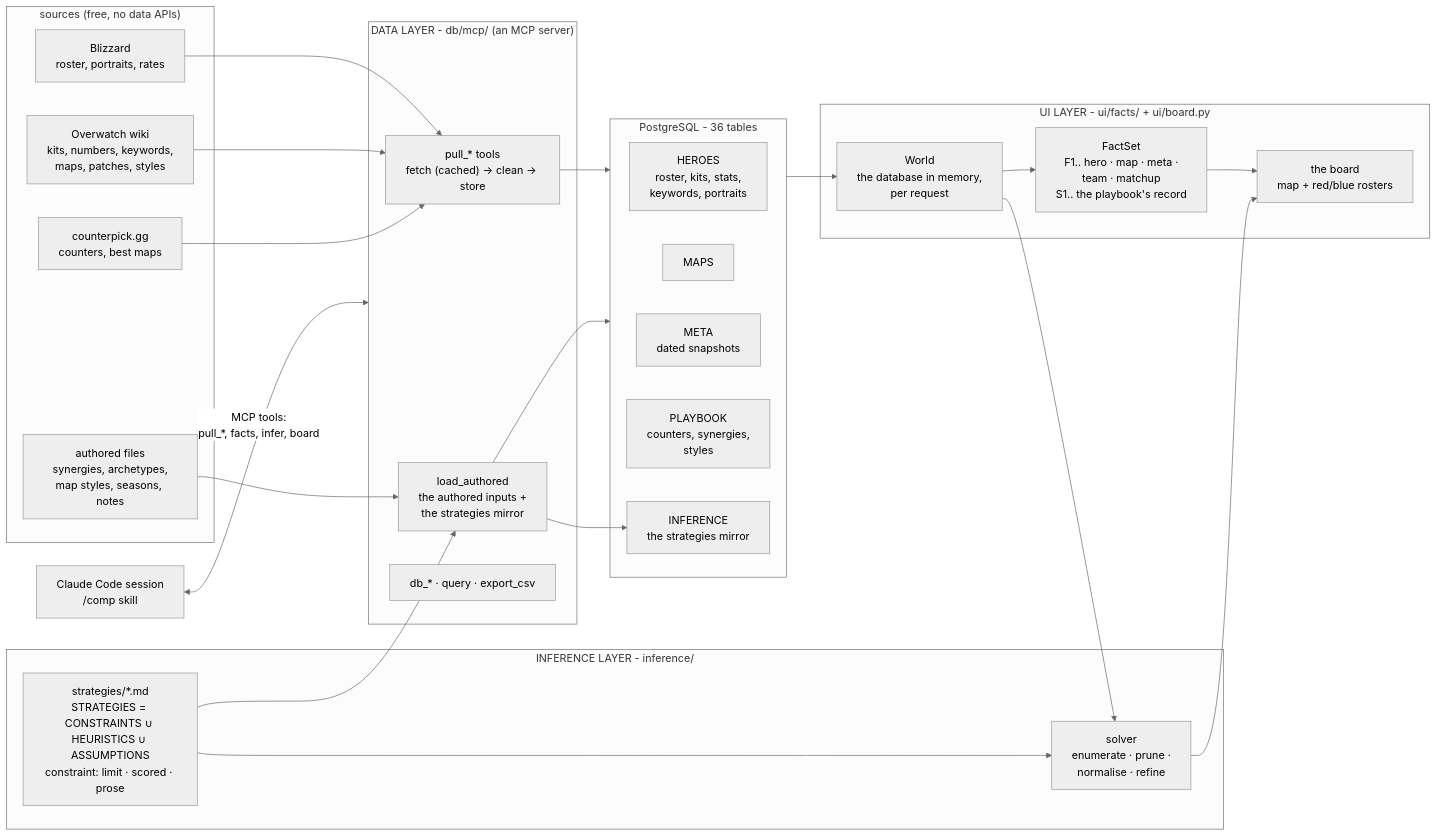
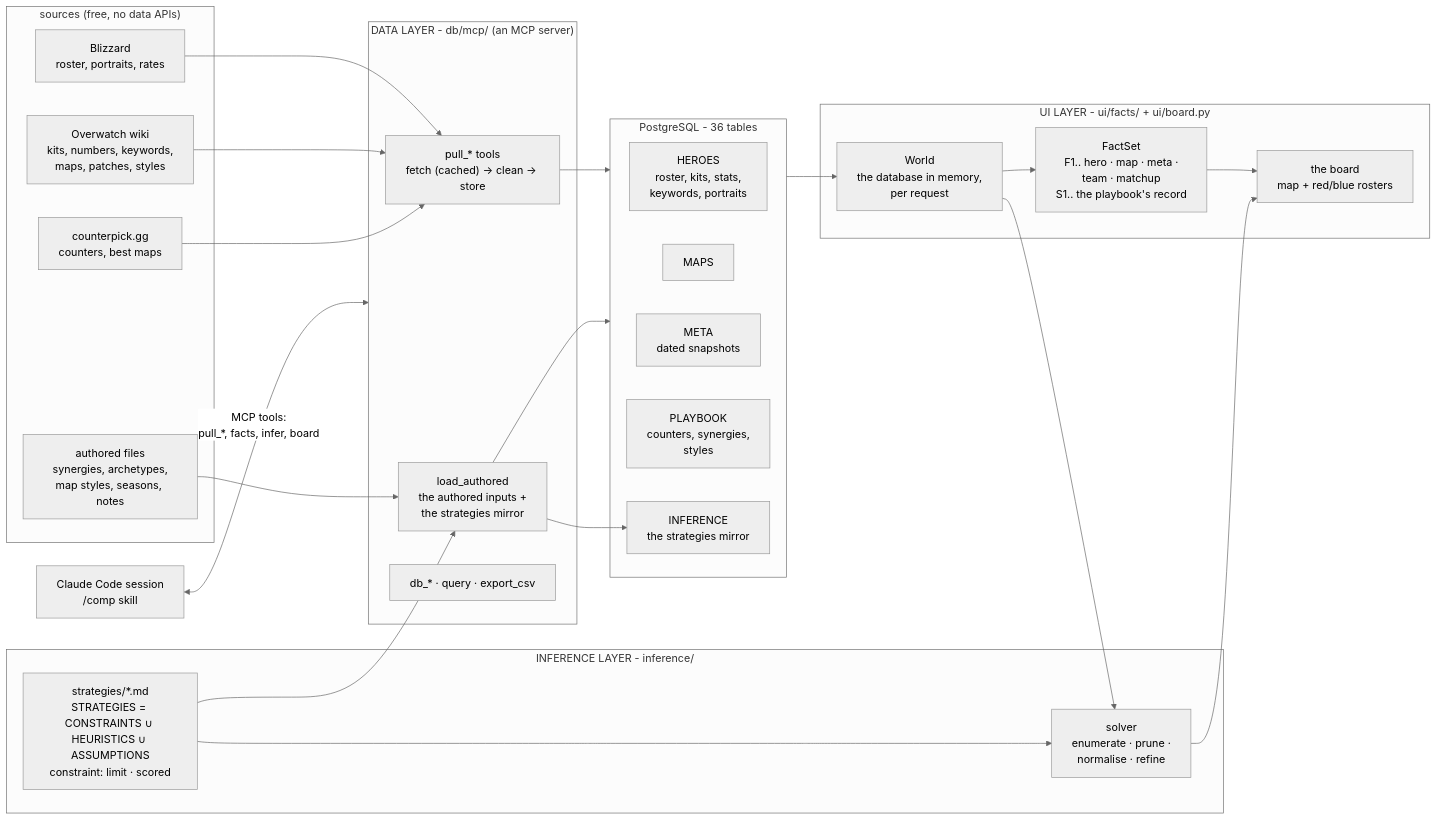
The first of 2 diagrams in docs/architecture.md (mmikol/counter-utility-matrix), drawn with Mermaid (neutral theme) before and after one commit. The commit also changed other lines of this file and 7 other files, not shown here.

````diff
--- a/docs/architecture.md
+++ b/docs/architecture.md
@@ -38,45 +38,45 @@
 ```mermaid
 flowchart LR
     subgraph SOURCES["sources (free, no data APIs)"]
         BLZ["Blizzard<br/>roster, portraits, rates"]
         WIKI["Overwatch wiki<br/>kits, numbers, keywords,<br/>maps, patches, styles"]
         CPK["counterpick.gg<br/>counters, best maps"]
         CSV["authored files<br/>synergies, archetypes,<br/>map styles, seasons, notes"]
     end
 
     subgraph DATA["DATA LAYER - db/mcp/ (an MCP server)"]
         PULL["pull_* tools<br/>fetch (cached) -> clean -> store"]
         PLAY["load_authored<br/>the authored inputs +<br/>the strategies mirror"]
         DBT["db_* · query · export_csv"]
     end
 
     subgraph PG["PostgreSQL - 36 tables"]
         HEROES["HEROES<br/>roster, kits, stats,<br/>keywords, portraits"]
         MAPS["MAPS"]
         META["META<br/>dated snapshots"]
         PLAYBOOK["PLAYBOOK<br/>counters, synergies,<br/>styles"]
         INF["INFERENCE<br/>the strategies mirror"]
     end
 
     subgraph USER["UI LAYER - ui/facts/ + ui/board.py"]
         WORLD["World<br/>the database in memory,<br/>per request"]
         FACTS["FactSet<br/>F1.. hero · map · meta ·<br/>team · matchup<br/>S1.. the playbook's record"]
         BOARD["the board<br/>map + red/blue rosters"]
     end
 
     subgraph INFER["INFERENCE LAYER - inference/"]
-        HEUR["strategies/*.md<br/>STRATEGIES = CONSTRAINTS ∪ HEURISTICS ∪ ASSUMPTIONS<br/>constraint: limit · scored · prose"]
+        HEUR["strategies/*.md<br/>STRATEGIES = CONSTRAINTS ∪ HEURISTICS ∪ ASSUMPTIONS<br/>constraint: limit · scored"]
         SOLVER["solver<br/>enumerate · prune ·<br/>normalise · refine"]
     end
 
     BLZ & WIKI & CPK --> PULL
     CSV --> PLAY
     HEUR --> PLAY
     PLAY --> INF
     PULL & PLAY --> PG
     PG --> WORLD --> FACTS --> BOARD
     WORLD --> SOLVER
     HEUR --> SOLVER
     SOLVER --> BOARD
     CHAT["Claude Code session<br/>/comp skill"] <-->|"MCP tools:<br/>pull_*, facts, infer, board"| DATA
 ```
````
